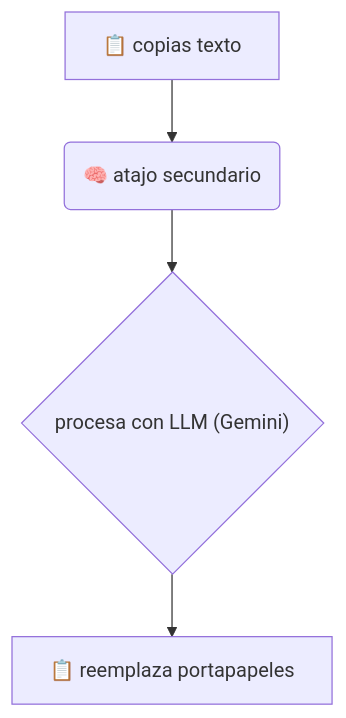
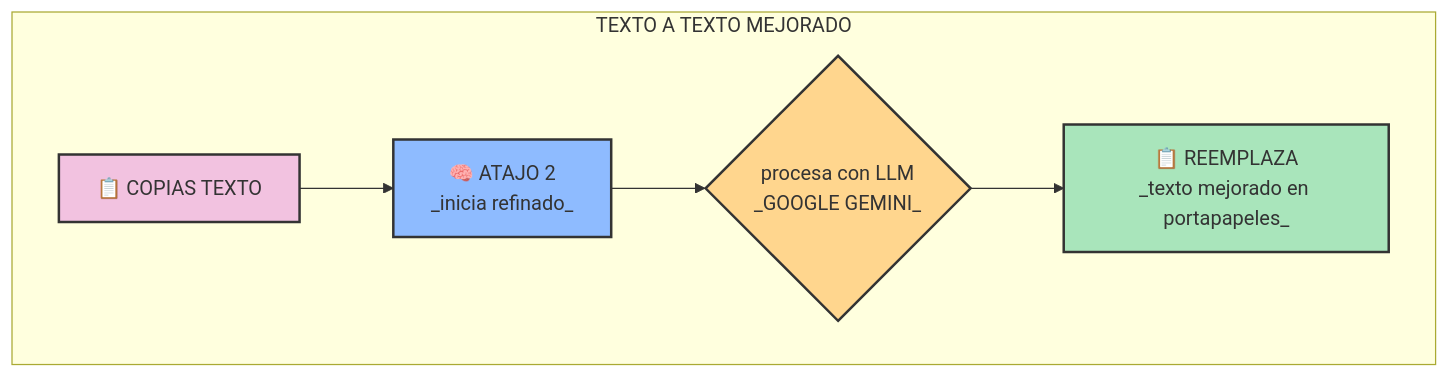
Before and after one commit to zarvent/25-whisper-dictation: the second of 2 diagrams in README.md, drawn with Mermaid. The commit also changed other lines of this file and 20 other files, not shown here.

````diff
--- a/README.md
+++ b/README.md
@@ -36,7 +52,14 @@
 ```mermaid
 %%{init: {"flowchart": {"htmlLabels": false}} }%%
 flowchart TD
-    A["📋 copias texto"] --> B("🧠 atajo secundario")
-    B --> C{"procesa con LLM (Gemini)"}
-    C --> D["📋 reemplaza portapapeles"]
+    subgraph TEXTO A TEXTO MEJORADO
+        A["📋 COPIAS TEXTO"] --> B["🧠 ATAJO 2<br/>_inicia refinado_"]
+        B --> C{"procesa con LLM<br/>_GOOGLE GEMINI_"}
+        C --> D["📋 REEMPLAZA<br/>_texto mejorado en portapapeles_"]
+    end
+
+    style A fill:#F2C2E0,stroke:#333,stroke-width:2px
+    style B fill:#8EBBFF,stroke:#333,stroke-width:2px
+    style C fill:#FFD68E,stroke:#333,stroke-width:2px
+    style D fill:#A9E5BB,stroke:#333,stroke-width:2px
 ```
````
